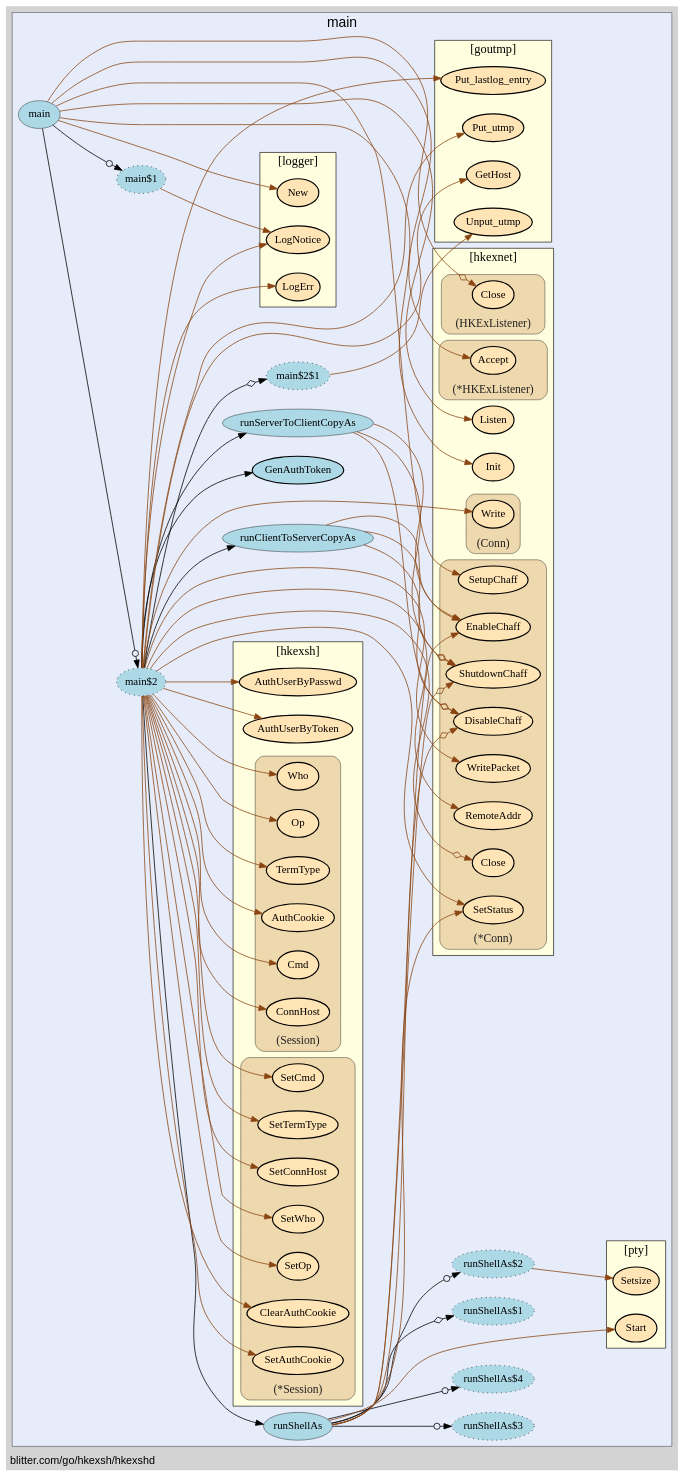
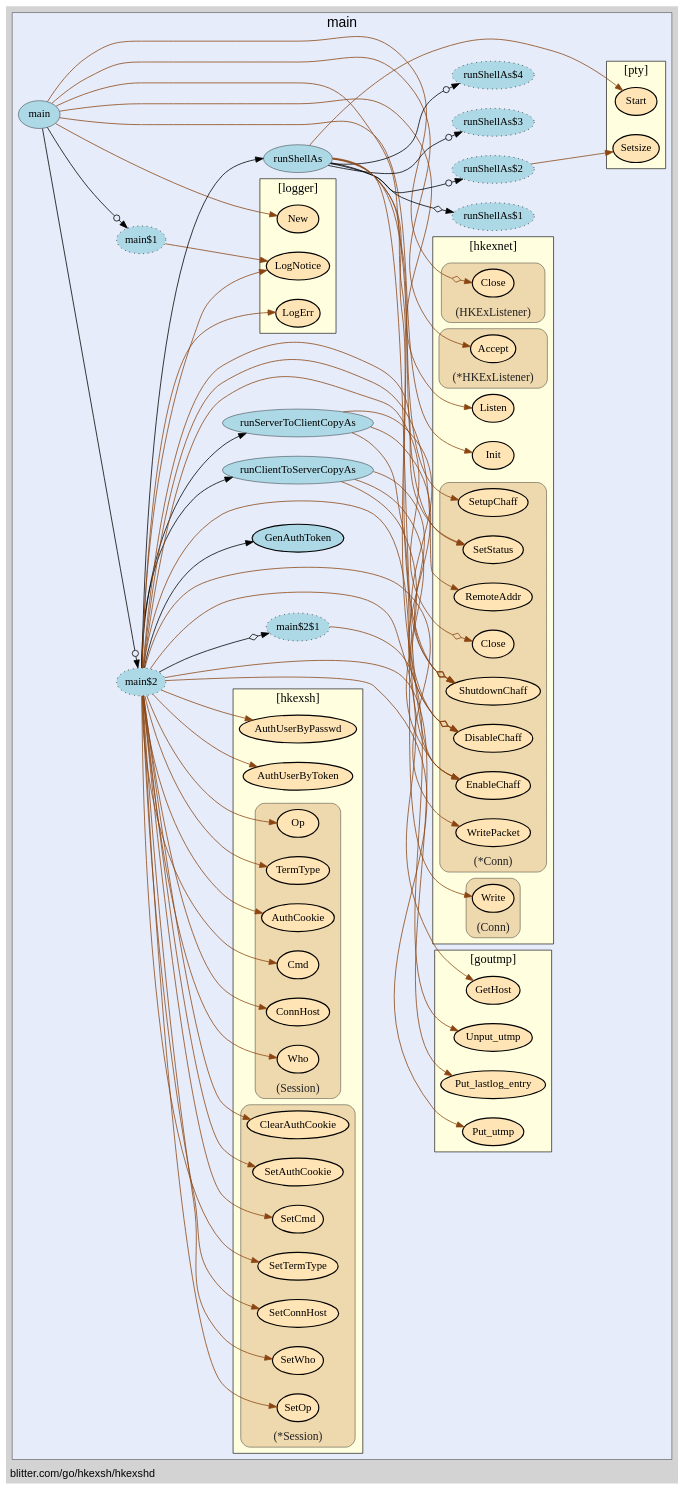
The diagram in hkexshd/hkexshd-vis.gv (isgasho/xs), drawn with Graphviz before and after one commit. The commit also changed 7 other files, not shown here.

```diff
--- a/hkexshd/hkexshd-vis.gv
+++ b/hkexshd/hkexshd-vis.gv
@@ -20,29 +20,29 @@
 labeljust="c";
 fontsize="18";
         
-        "blitter.com/go/hkexsh/hkexshd.runServerToClientCopyAs" [ fillcolor="lightblue" label="runServerToClientCopyAs" penwidth="0.5" ]
         "blitter.com/go/hkexsh/hkexshd.main$1" [ label="main$1" style="dotted,filled" fillcolor="lightblue" ]
+        "blitter.com/go/hkexsh/hkexshd.main" [ fillcolor="lightblue" label="main" penwidth="0.5" ]
+        "blitter.com/go/hkexsh/hkexshd.main$2" [ style="dotted,filled" fillcolor="lightblue" label="main$2" ]
+        "blitter.com/go/hkexsh/hkexshd.GenAuthToken" [ label="GenAuthToken" penwidth="1.5" fillcolor="lightblue" ]
         "blitter.com/go/hkexsh/hkexshd.runShellAs" [ fillcolor="lightblue" label="runShellAs" penwidth="0.5" ]
-        "blitter.com/go/hkexsh/hkexshd.runShellAs$1" [ fillcolor="lightblue" label="runShellAs$1" style="dotted,filled" ]
+        "blitter.com/go/hkexsh/hkexshd.runShellAs$1" [ style="dotted,filled" fillcolor="lightblue" label="runShellAs$1" ]
         "blitter.com/go/hkexsh/hkexshd.runShellAs$2" [ fillcolor="lightblue" label="runShellAs$2" style="dotted,filled" ]
         "blitter.com/go/hkexsh/hkexshd.runShellAs$3" [ fillcolor="lightblue" label="runShellAs$3" style="dotted,filled" ]
-        "blitter.com/go/hkexsh/hkexshd.runShellAs$4" [ style="dotted,filled" fillcolor="lightblue" label="runShellAs$4" ]
-        "blitter.com/go/hkexsh/hkexshd.main" [ label="main" penwidth="0.5" fillcolor="lightblue" ]
-        "blitter.com/go/hkexsh/hkexshd.main$2" [ fillcolor="lightblue" label="main$2" style="dotted,filled" ]
-        "blitter.com/go/hkexsh/hkexshd.GenAuthToken" [ penwidth="1.5" fillcolor="lightblue" label="GenAuthToken" ]
+        "blitter.com/go/hkexsh/hkexshd.runShellAs$4" [ label="runShellAs$4" style="dotted,filled" fillcolor="lightblue" ]
         "blitter.com/go/hkexsh/hkexshd.main$2$1" [ fillcolor="lightblue" label="main$2$1" style="dotted,filled" ]
         "blitter.com/go/hkexsh/hkexshd.runClientToServerCopyAs" [ fillcolor="lightblue" label="runClientToServerCopyAs" penwidth="0.5" ]
+        "blitter.com/go/hkexsh/hkexshd.runServerToClientCopyAs" [ fillcolor="lightblue" label="runServerToClientCopyAs" penwidth="0.5" ]
         
         subgraph "cluster_blitter.com/go/goutmp" {
-        fontsize="16";
+        penwidth="0.8";
 fillcolor="lightyellow";
-rank="sink";
 URL="/?f=blitter.com/go/goutmp";
-tooltip="package: blitter.com/go/goutmp";
-penwidth="0.8";
+fontsize="16";
 style="filled";
 fontname="bold";
+rank="sink";
 label="[goutmp]";
+tooltip="package: blitter.com/go/goutmp";
         
         "blitter.com/go/goutmp.GetHost" [ fillcolor="moccasin" label="GetHost" penwidth="1.5" ]
         "blitter.com/go/goutmp.Put_utmp" [ fillcolor="moccasin" label="Put_utmp" penwidth="1.5" ]
@@ -52,106 +52,106 @@
     }
 
         subgraph "cluster_blitter.com/go/hkexsh" {
-        rank="sink";
+        style="filled";
+fontname="bold";
 label="[hkexsh]";
+fontsize="16";
+fillcolor="lightyellow";
+rank="sink";
+URL="/?f=blitter.com/go/hkexsh";
 tooltip="package: blitter.com/go/hkexsh";
-fontname="bold";
-fontsize="16";
-style="filled";
-fillcolor="lightyellow";
-URL="/?f=blitter.com/go/hkexsh";
 penwidth="0.8";
         
         "blitter.com/go/hkexsh.AuthUserByToken" [ fillcolor="moccasin" label="AuthUserByToken" penwidth="1.5" ]
         "blitter.com/go/hkexsh.AuthUserByPasswd" [ fillcolor="moccasin" label="AuthUserByPasswd" penwidth="1.5" ]
         
         subgraph "cluster_*blitter.com/go/hkexsh.Session" {
-        label="(*Session)";
-tooltip="type: *blitter.com/go/hkexsh.Session";
-penwidth="0.5";
-fontsize="15";
+        fontsize="15";
 fontcolor="#222222";
 labelloc="b";
 style="rounded,filled";
 fillcolor="wheat2";
+label="(*Session)";
+tooltip="type: *blitter.com/go/hkexsh.Session";
+penwidth="0.5";
         
         "(*blitter.com/go/hkexsh.Session).SetOp" [ fillcolor="moccasin" label="SetOp" penwidth="1.5" ]
         "(*blitter.com/go/hkexsh.Session).SetWho" [ fillcolor="moccasin" label="SetWho" penwidth="1.5" ]
-        "(*blitter.com/go/hkexsh.Session).SetConnHost" [ penwidth="1.5" fillcolor="moccasin" label="SetConnHost" ]
-        "(*blitter.com/go/hkexsh.Session).SetTermType" [ label="SetTermType" penwidth="1.5" fillcolor="moccasin" ]
-        "(*blitter.com/go/hkexsh.Session).SetCmd" [ fillcolor="moccasin" label="SetCmd" penwidth="1.5" ]
-        "(*blitter.com/go/hkexsh.Session).SetAuthCookie" [ penwidth="1.5" fillcolor="moccasin" label="SetAuthCookie" ]
+        "(*blitter.com/go/hkexsh.Session).SetConnHost" [ fillcolor="moccasin" label="SetConnHost" penwidth="1.5" ]
+        "(*blitter.com/go/hkexsh.Session).SetTermType" [ fillcolor="moccasin" label="SetTermType" penwidth="1.5" ]
+        "(*blitter.com/go/hkexsh.Session).SetCmd" [ penwidth="1.5" fillcolor="moccasin" label="SetCmd" ]
+        "(*blitter.com/go/hkexsh.Session).SetAuthCookie" [ fillcolor="moccasin" label="SetAuthCookie" penwidth="1.5" ]
         "(*blitter.com/go/hkexsh.Session).ClearAuthCookie" [ fillcolor="moccasin" label="ClearAuthCookie" penwidth="1.5" ]
         
     }
 
         subgraph "cluster_blitter.com/go/hkexsh.Session" {
-        tooltip="type: blitter.com/go/hkexsh.Session";
-penwidth="0.5";
-fontsize="15";
-fontcolor="#222222";
+        fontcolor="#222222";
 labelloc="b";
 style="rounded,filled";
 fillcolor="wheat2";
 label="(Session)";
+tooltip="type: blitter.com/go/hkexsh.Session";
+penwidth="0.5";
+fontsize="15";
         
         "(blitter.com/go/hkexsh.Session).Op" [ fillcolor="moccasin" label="Op" penwidth="1.5" ]
-        "(blitter.com/go/hkexsh.Session).Who" [ label="Who" penwidth="1.5" fillcolor="moccasin" ]
-        "(blitter.com/go/hkexsh.Session).ConnHost" [ fillcolor="moccasin" label="ConnHost" penwidth="1.5" ]
-        "(blitter.com/go/hkexsh.Session).Cmd" [ fillcolor="moccasin" label="Cmd" penwidth="1.5" ]
-        "(blitter.com/go/hkexsh.Session).AuthCookie" [ penwidth="1.5" fillcolor="moccasin" label="AuthCookie" ]
-        "(blitter.com/go/hkexsh.Session).TermType" [ penwidth="1.5" fillcolor="moccasin" label="TermType" ]
+        "(blitter.com/go/hkexsh.Session).Who" [ fillcolor="moccasin" label="Who" penwidth="1.5" ]
+        "(blitter.com/go/hkexsh.Session).ConnHost" [ label="ConnHost" penwidth="1.5" fillcolor="moccasin" ]
+        "(blitter.com/go/hkexsh.Session).Cmd" [ label="Cmd" penwidth="1.5" fillcolor="moccasin" ]
+        "(blitter.com/go/hkexsh.Session).AuthCookie" [ fillcolor="moccasin" label="AuthCookie" penwidth="1.5" ]
+        "(blitter.com/go/hkexsh.Session).TermType" [ fillcolor="moccasin" label="TermType" penwidth="1.5" ]
         
     }
 
     }
 
         subgraph "cluster_blitter.com/go/hkexsh/hkexnet" {
-        URL="/?f=blitter.com/go/hkexsh/hkexnet";
+        fillcolor="lightyellow";
+fontname="bold";
+tooltip="package: blitter.com/go/hkexsh/hkexnet";
+URL="/?f=blitter.com/go/hkexsh/hkexnet";
+penwidth="0.8";
 fontsize="16";
 style="filled";
-fillcolor="lightyellow";
 rank="sink";
 label="[hkexnet]";
-penwidth="0.8";
-fontname="bold";
-tooltip="package: blitter.com/go/hkexsh/hkexnet";
         
-        "blitter.com/go/hkexsh/hkexnet.Init" [ penwidth="1.5" fillcolor="moccasin" label="Init" ]
+        "blitter.com/go/hkexsh/hkexnet.Init" [ fillcolor="moccasin" label="Init" penwidth="1.5" ]
         "blitter.com/go/hkexsh/hkexnet.Listen" [ fillcolor="moccasin" label="Listen" penwidth="1.5" ]
         
         subgraph "cluster_*blitter.com/go/hkexsh/hkexnet.Conn" {
-        fontsize="15";
-fontcolor="#222222";
-labelloc="b";
-style="rounded,filled";
-fillcolor="wheat2";
+        fillcolor="wheat2";
 label="(*Conn)";
 tooltip="type: *blitter.com/go/hkexsh/hkexnet.Conn";
-penwidth="0.5";
-        
-        "(*blitter.com/go/hkexsh/hkexnet.Conn).EnableChaff" [ label="EnableChaff" penwidth="1.5" fillcolor="moccasin" ]
-        "(*blitter.com/go/hkexsh/hkexnet.Conn).DisableChaff" [ fillcolor="moccasin" label="DisableChaff" penwidth="1.5" ]
-        "(*blitter.com/go/hkexsh/hkexnet.Conn).ShutdownChaff" [ fillcolor="moccasin" label="ShutdownChaff" penwidth="1.5" ]
-        "(*blitter.com/go/hkexsh/hkexnet.Conn).SetStatus" [ fillcolor="moccasin" label="SetStatus" penwidth="1.5" ]
-        "(*blitter.com/go/hkexsh/hkexnet.Conn).SetupChaff" [ fillcolor="moccasin" label="SetupChaff" penwidth="1.5" ]
-        "(*blitter.com/go/hkexsh/hkexnet.Conn).Close" [ fillcolor="moccasin" label="Close" penwidth="1.5" ]
-        "(*blitter.com/go/hkexsh/hkexnet.Conn).RemoteAddr" [ fillcolor="moccasin" label="RemoteAddr" penwidth="1.5" ]
-        "(*blitter.com/go/hkexsh/hkexnet.Conn).WritePacket" [ penwidth="1.5" fillcolor="moccasin" label="WritePacket" ]
-        
-    }
-
-        subgraph "cluster_*blitter.com/go/hkexsh/hkexnet.HKExListener" {
-        tooltip="type: *blitter.com/go/hkexsh/hkexnet.HKExListener";
 penwidth="0.5";
 fontsize="15";
 fontcolor="#222222";
 labelloc="b";
 style="rounded,filled";
+        
+        "(*blitter.com/go/hkexsh/hkexnet.Conn).SetupChaff" [ label="SetupChaff" penwidth="1.5" fillcolor="moccasin" ]
+        "(*blitter.com/go/hkexsh/hkexnet.Conn).Close" [ fillcolor="moccasin" label="Close" penwidth="1.5" ]
+        "(*blitter.com/go/hkexsh/hkexnet.Conn).RemoteAddr" [ fillcolor="moccasin" label="RemoteAddr" penwidth="1.5" ]
+        "(*blitter.com/go/hkexsh/hkexnet.Conn).EnableChaff" [ fillcolor="moccasin" label="EnableChaff" penwidth="1.5" ]
+        "(*blitter.com/go/hkexsh/hkexnet.Conn).DisableChaff" [ penwidth="1.5" fillcolor="moccasin" label="DisableChaff" ]
+        "(*blitter.com/go/hkexsh/hkexnet.Conn).ShutdownChaff" [ fillcolor="moccasin" label="ShutdownChaff" penwidth="1.5" ]
+        "(*blitter.com/go/hkexsh/hkexnet.Conn).SetStatus" [ fillcolor="moccasin" label="SetStatus" penwidth="1.5" ]
+        "(*blitter.com/go/hkexsh/hkexnet.Conn).WritePacket" [ fillcolor="moccasin" label="WritePacket" penwidth="1.5" ]
+        
+    }
+
+        subgraph "cluster_*blitter.com/go/hkexsh/hkexnet.HKExListener" {
+        fontcolor="#222222";
+labelloc="b";
+style="rounded,filled";
 fillcolor="wheat2";
 label="(*HKExListener)";
+tooltip="type: *blitter.com/go/hkexsh/hkexnet.HKExListener";
+penwidth="0.5";
+fontsize="15";
         
-        "(*blitter.com/go/hkexsh/hkexnet.HKExListener).Accept" [ label="Accept" penwidth="1.5" fillcolor="moccasin" ]
+        "(*blitter.com/go/hkexsh/hkexnet.HKExListener).Accept" [ fillcolor="moccasin" label="Accept" penwidth="1.5" ]
         
     }
 
@@ -165,7 +165,7 @@
 penwidth="0.5";
 fontsize="15";
         
-        "(blitter.com/go/hkexsh/hkexnet.Conn).Write" [ fillcolor="moccasin" label="Write" penwidth="1.5" ]
+        "(blitter.com/go/hkexsh/hkexnet.Conn).Write" [ penwidth="1.5" fillcolor="moccasin" label="Write" ]
         
     }
 
@@ -179,22 +179,22 @@
 labelloc="b";
 style="rounded,filled";
         
-        "(blitter.com/go/hkexsh/hkexnet.HKExListener).Close" [ label="Close" penwidth="1.5" fillcolor="moccasin" ]
+        "(blitter.com/go/hkexsh/hkexnet.HKExListener).Close" [ fillcolor="moccasin" label="Close" penwidth="1.5" ]
         
     }
 
     }
 
         subgraph "cluster_blitter.com/go/hkexsh/logger" {
-        tooltip="package: blitter.com/go/hkexsh/logger";
+        fillcolor="lightyellow";
+label="[logger]";
 penwidth="0.8";
+style="filled";
+rank="sink";
+URL="/?f=blitter.com/go/hkexsh/logger";
+tooltip="package: blitter.com/go/hkexsh/logger";
 fontsize="16";
 fontname="bold";
-label="[logger]";
-URL="/?f=blitter.com/go/hkexsh/logger";
-style="filled";
-fillcolor="lightyellow";
-rank="sink";
         
         "blitter.com/go/hkexsh/logger.LogNotice" [ fillcolor="moccasin" label="LogNotice" penwidth="1.5" ]
         "blitter.com/go/hkexsh/logger.New" [ fillcolor="moccasin" label="New" penwidth="1.5" ]
@@ -203,42 +203,29 @@
     }
 
         subgraph "cluster_github.com/kr/pty" {
-        rank="sink";
+        fillcolor="lightyellow";
+fontname="bold";
+rank="sink";
 label="[pty]";
-tooltip="package: github.com/kr/pty";
+URL="/?f=github.com/kr/pty";
 penwidth="0.8";
-fillcolor="lightyellow";
-fontname="bold";
 fontsize="16";
 style="filled";
-URL="/?f=github.com/kr/pty";
+tooltip="package: github.com/kr/pty";
         
         "github.com/kr/pty.Start" [ fillcolor="moccasin" label="Start" penwidth="1.5" ]
-        "github.com/kr/pty.Setsize" [ penwidth="1.5" fillcolor="moccasin" label="Setsize" ]
+        "github.com/kr/pty.Setsize" [ fillcolor="moccasin" label="Setsize" penwidth="1.5" ]
         
     }
 
     }
 
-    "blitter.com/go/hkexsh/hkexshd.runServerToClientCopyAs" -> "(*blitter.com/go/hkexsh/hkexnet.Conn).EnableChaff" [ color="saddlebrown" ]
-    "blitter.com/go/hkexsh/hkexshd.runServerToClientCopyAs" -> "(*blitter.com/go/hkexsh/hkexnet.Conn).DisableChaff" [ color="saddlebrown" arrowhead="normalnoneodiamond" ]
-    "blitter.com/go/hkexsh/hkexshd.runServerToClientCopyAs" -> "(*blitter.com/go/hkexsh/hkexnet.Conn).ShutdownChaff" [ arrowhead="normalnoneodiamond" color="saddlebrown" ]
     "blitter.com/go/hkexsh/hkexshd.main$1" -> "blitter.com/go/hkexsh/logger.LogNotice" [ color="saddlebrown" ]
-    "blitter.com/go/hkexsh/hkexshd.runShellAs" -> "github.com/kr/pty.Start" [ color="saddlebrown" ]
-    "blitter.com/go/hkexsh/hkexshd.runShellAs" -> "blitter.com/go/hkexsh/hkexshd.runShellAs$1" [ arrowhead="normalnoneodiamond" ]
-    "blitter.com/go/hkexsh/hkexshd.runShellAs$2" -> "github.com/kr/pty.Setsize" [ color="saddlebrown" ]
-    "blitter.com/go/hkexsh/hkexshd.runShellAs" -> "blitter.com/go/hkexsh/hkexshd.runShellAs$2" [ arrowhead="normalnoneodot" ]
-    "blitter.com/go/hkexsh/hkexshd.runShellAs" -> "blitter.com/go/hkexsh/hkexshd.runShellAs$3" [ arrowhead="normalnoneodot" ]
-    "blitter.com/go/hkexsh/hkexshd.runShellAs" -> "(*blitter.com/go/hkexsh/hkexnet.Conn).EnableChaff" [ color="saddlebrown" ]
-    "blitter.com/go/hkexsh/hkexshd.runShellAs" -> "(*blitter.com/go/hkexsh/hkexnet.Conn).DisableChaff" [ arrowhead="normalnoneodiamond" color="saddlebrown" ]
-    "blitter.com/go/hkexsh/hkexshd.runShellAs" -> "(*blitter.com/go/hkexsh/hkexnet.Conn).ShutdownChaff" [ arrowhead="normalnoneodiamond" color="saddlebrown" ]
-    "blitter.com/go/hkexsh/hkexshd.runShellAs" -> "blitter.com/go/hkexsh/hkexshd.runShellAs$4" [ arrowhead="normalnoneodot" ]
-    "blitter.com/go/hkexsh/hkexshd.runShellAs" -> "(*blitter.com/go/hkexsh/hkexnet.Conn).SetStatus" [ color="saddlebrown" ]
     "blitter.com/go/hkexsh/hkexshd.main" -> "blitter.com/go/hkexsh/logger.New" [ color="saddlebrown" ]
     "blitter.com/go/hkexsh/hkexshd.main" -> "blitter.com/go/hkexsh/hkexnet.Init" [ color="saddlebrown" ]
     "blitter.com/go/hkexsh/hkexshd.main" -> "blitter.com/go/hkexsh/hkexshd.main$1" [ arrowhead="normalnoneodot" ]
     "blitter.com/go/hkexsh/hkexshd.main" -> "blitter.com/go/hkexsh/hkexnet.Listen" [ color="saddlebrown" ]
-    "blitter.com/go/hkexsh/hkexshd.main" -> "(blitter.com/go/hkexsh/hkexnet.HKExListener).Close" [ color="saddlebrown" arrowhead="normalnoneodiamond" ]
+    "blitter.com/go/hkexsh/hkexshd.main" -> "(blitter.com/go/hkexsh/hkexnet.HKExListener).Close" [ arrowhead="normalnoneodiamond" color="saddlebrown" ]
     "blitter.com/go/hkexsh/hkexshd.main" -> "(*blitter.com/go/hkexsh/hkexnet.HKExListener).Accept" [ color="saddlebrown" ]
     "blitter.com/go/hkexsh/hkexshd.main" -> "(*blitter.com/go/hkexsh/hkexnet.Conn).SetupChaff" [ color="saddlebrown" ]
     "blitter.com/go/hkexsh/hkexshd.main$2" -> "(*blitter.com/go/hkexsh/hkexnet.Conn).Close" [ arrowhead="normalnoneodiamond" color="saddlebrown" ]
@@ -262,6 +249,16 @@
     "blitter.com/go/hkexsh/hkexshd.main$2" -> "blitter.com/go/goutmp.GetHost" [ color="saddlebrown" ]
     "blitter.com/go/hkexsh/hkexshd.main$2" -> "blitter.com/go/hkexsh/hkexshd.GenAuthToken" [  ]
     "blitter.com/go/hkexsh/hkexshd.main$2" -> "(blitter.com/go/hkexsh.Session).TermType" [ color="saddlebrown" ]
+    "blitter.com/go/hkexsh/hkexshd.runShellAs" -> "github.com/kr/pty.Start" [ color="saddlebrown" ]
+    "blitter.com/go/hkexsh/hkexshd.runShellAs" -> "blitter.com/go/hkexsh/hkexshd.runShellAs$1" [ arrowhead="normalnoneodiamond" ]
+    "blitter.com/go/hkexsh/hkexshd.runShellAs$2" -> "github.com/kr/pty.Setsize" [ color="saddlebrown" ]
+    "blitter.com/go/hkexsh/hkexshd.runShellAs" -> "blitter.com/go/hkexsh/hkexshd.runShellAs$2" [ arrowhead="normalnoneodot" ]
+    "blitter.com/go/hkexsh/hkexshd.runShellAs" -> "blitter.com/go/hkexsh/hkexshd.runShellAs$3" [ arrowhead="normalnoneodot" ]
+    "blitter.com/go/hkexsh/hkexshd.runShellAs" -> "(*blitter.com/go/hkexsh/hkexnet.Conn).EnableChaff" [ color="saddlebrown" ]
+    "blitter.com/go/hkexsh/hkexshd.runShellAs" -> "(*blitter.com/go/hkexsh/hkexnet.Conn).DisableChaff" [ color="saddlebrown" arrowhead="normalnoneodiamond" ]
+    "blitter.com/go/hkexsh/hkexshd.runShellAs" -> "(*blitter.com/go/hkexsh/hkexnet.Conn).ShutdownChaff" [ arrowhead="normalnoneodiamond" color="saddlebrown" ]
+    "blitter.com/go/hkexsh/hkexshd.runShellAs" -> "blitter.com/go/hkexsh/hkexshd.runShellAs$4" [ arrowhead="normalnoneodot" ]
+    "blitter.com/go/hkexsh/hkexshd.runShellAs" -> "(*blitter.com/go/hkexsh/hkexnet.Conn).SetStatus" [ color="saddlebrown" ]
     "blitter.com/go/hkexsh/hkexshd.main$2" -> "blitter.com/go/hkexsh/hkexshd.runShellAs" [  ]
     "blitter.com/go/hkexsh/hkexshd.main$2" -> "blitter.com/go/hkexsh/logger.LogErr" [ color="saddlebrown" ]
     "blitter.com/go/hkexsh/hkexshd.main$2" -> "(*blitter.com/go/hkexsh/hkexnet.Conn).SetStatus" [ color="saddlebrown" ]
@@ -274,6 +271,9 @@
     "blitter.com/go/hkexsh/hkexshd.runClientToServerCopyAs" -> "(*blitter.com/go/hkexsh/hkexnet.Conn).ShutdownChaff" [ arrowhead="normalnoneodiamond" color="saddlebrown" ]
     "blitter.com/go/hkexsh/hkexshd.main$2" -> "blitter.com/go/hkexsh/hkexshd.runClientToServerCopyAs" [  ]
     "blitter.com/go/hkexsh/hkexshd.main$2" -> "(*blitter.com/go/hkexsh/hkexnet.Conn).WritePacket" [ color="saddlebrown" ]
+    "blitter.com/go/hkexsh/hkexshd.runServerToClientCopyAs" -> "(*blitter.com/go/hkexsh/hkexnet.Conn).EnableChaff" [ color="saddlebrown" ]
+    "blitter.com/go/hkexsh/hkexshd.runServerToClientCopyAs" -> "(*blitter.com/go/hkexsh/hkexnet.Conn).DisableChaff" [ arrowhead="normalnoneodiamond" color="saddlebrown" ]
+    "blitter.com/go/hkexsh/hkexshd.runServerToClientCopyAs" -> "(*blitter.com/go/hkexsh/hkexnet.Conn).ShutdownChaff" [ arrowhead="normalnoneodiamond" color="saddlebrown" ]
     "blitter.com/go/hkexsh/hkexshd.main$2" -> "blitter.com/go/hkexsh/hkexshd.runServerToClientCopyAs" [  ]
     "blitter.com/go/hkexsh/hkexshd.main" -> "blitter.com/go/hkexsh/hkexshd.main$2" [ arrowhead="normalnoneodot" ]
 }
```
